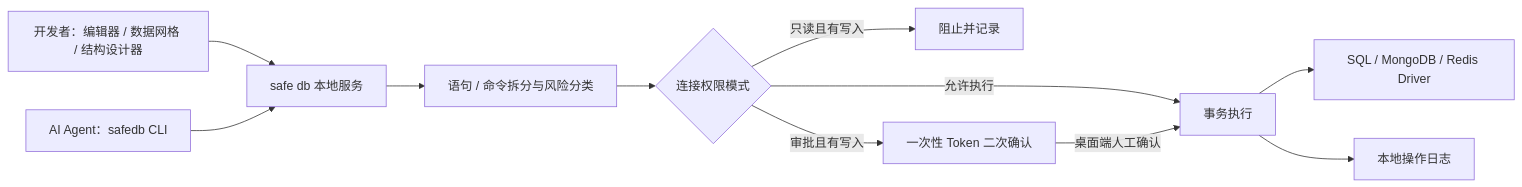
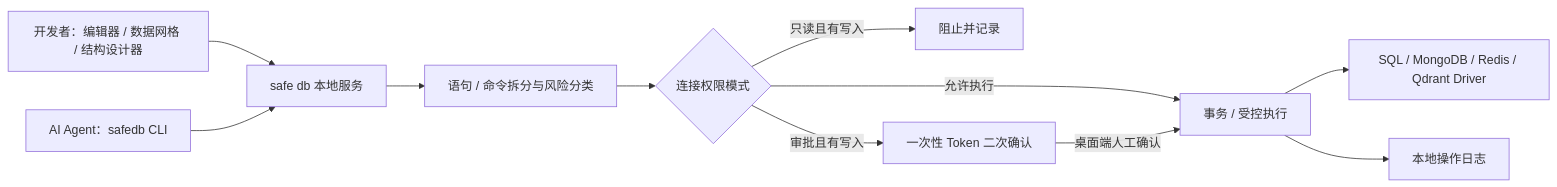
Before and after one commit to qq1060656096/safe-db: the diagram in README.md, drawn with Mermaid. The commit also changed other lines of this file and 50 other files, not shown here.

````diff
--- a/README.md
+++ b/README.md
@@ -154,13 +169,13 @@
 ```mermaid
 flowchart LR
     Human["开发者：编辑器 / 数据网格 / 结构设计器"] --> Gateway["safe db 本地服务"]
     Agent["AI Agent：safedb CLI"] --> Gateway
     Gateway --> Split["语句 / 命令拆分与风险分类"]
     Split --> Policy{"连接权限模式"}
     Policy -->|只读且有写入| Deny["阻止并记录"]
     Policy -->|审批且有写入| Confirm["一次性 Token 二次确认"]
-    Policy -->|允许执行| Tx["事务执行"]
+    Policy -->|允许执行| Tx["事务 / 受控执行"]
     Confirm -->|桌面端人工确认| Tx
-    Tx --> Driver["SQL / MongoDB / Redis Driver"]
+    Tx --> Driver["SQL / MongoDB / Redis / Qdrant Driver"]
     Tx --> Audit["本地操作日志"]
 ```
````
